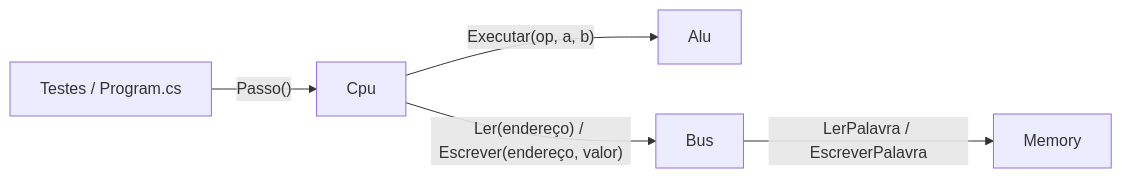
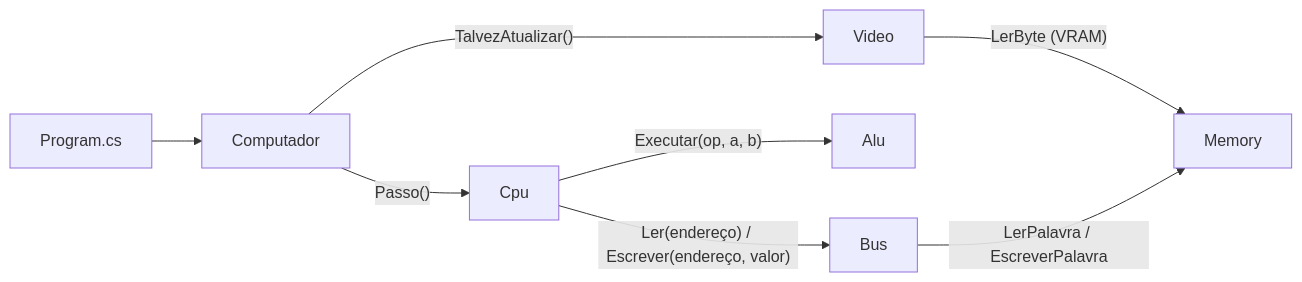
One commit to Gustavo-Mart/orgcomp changed the diagram in content/Simulador RISC-V - Código/Sim 00 - Visão Geral do Simulador.md. Above: the diagram before and after it, drawn with Mermaid. The commit also changed other lines of this file and 14 other files, not shown here.

````diff
--- a/content/Simulador RISC-V - Código/Sim 00 - Visão Geral do Simulador.md
+++ b/content/Simulador RISC-V - Código/Sim 00 - Visão Geral do Simulador.md
@@ -64,7 +79,10 @@
 ```mermaid
 flowchart LR
-    T["Testes / Program.cs"] -->|"Passo()"| CPU["Cpu"]
+    P["Program.cs"] --> C["Computador"]
+    C -->|"Passo()"| CPU["Cpu"]
+    C -->|"TalvezAtualizar()"| V["Video"]
+    V -->|"LerByte (VRAM)"| MEM
     CPU -->|"Executar(op, a, b)"| ULA["Alu"]
     CPU -->|"Ler(endereço) / Escrever(endereço, valor)"| BUS["Bus"]
     BUS -->|"LerPalavra / EscreverPalavra"| MEM["Memory"]
 ```
````
